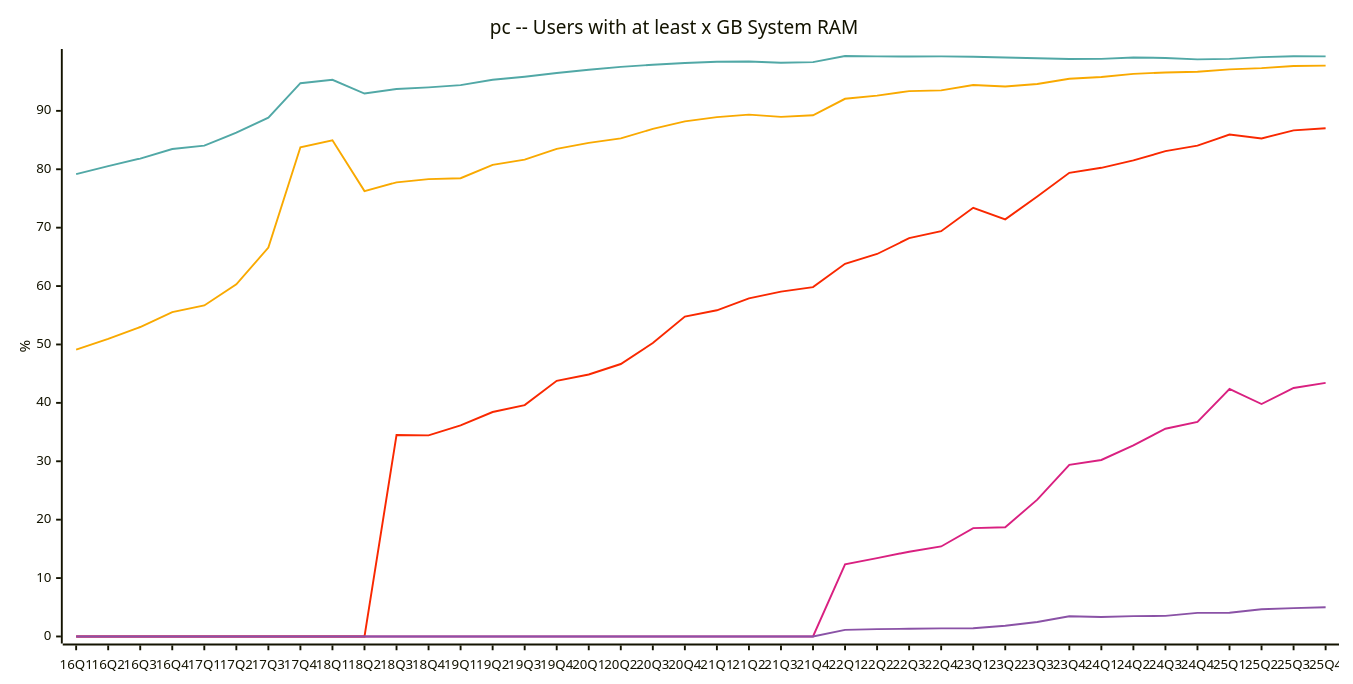
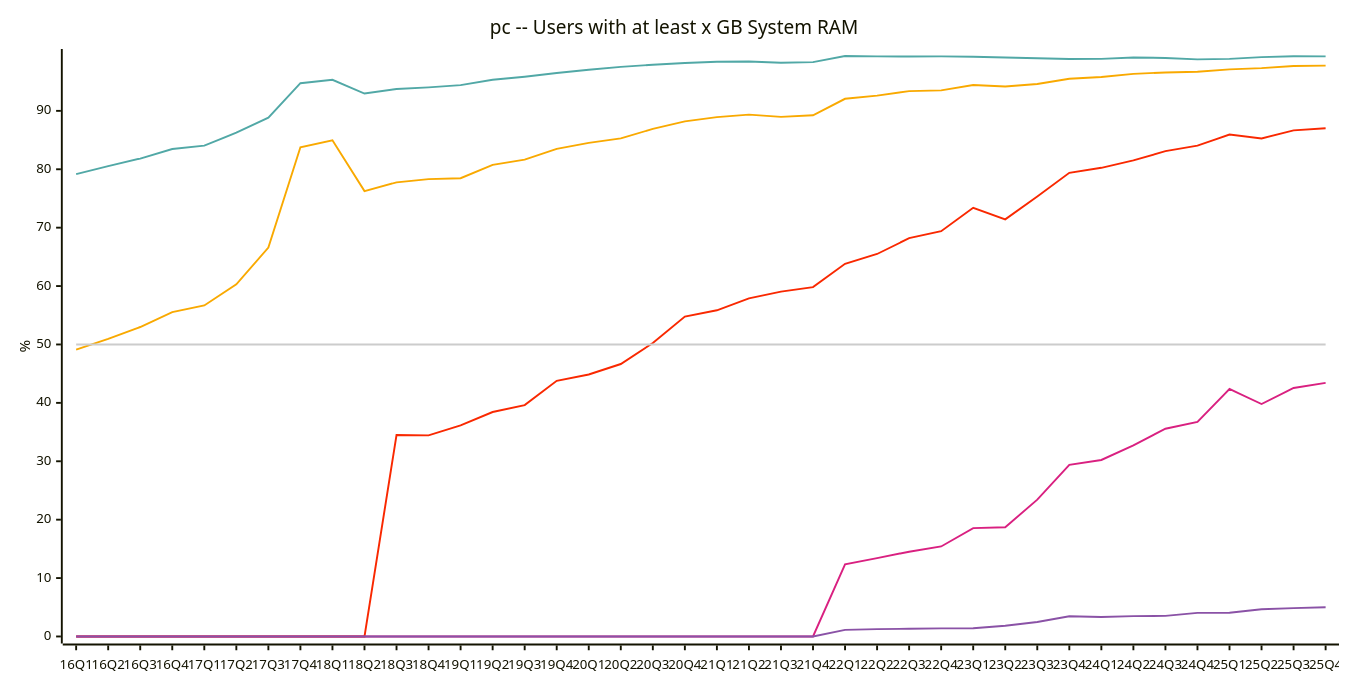
Before and after one commit to jdegene/steamHWsurvey: diagram 26 of 28 in README.md, drawn with Mermaid. The commit also changed other lines of this file and 1 other file, not shown here.

Commit message:
test adding 50% line in RAM charts for better visibility

````diff
--- a/README.md
+++ b/README.md
@@ -831,23 +831,24 @@
 ```mermaid
 ---
     config:
         xyChart:
             width: 1400
             height: 700
             
         themeVariables:
             xyChart:
-                plotColorPalette: "#51a8a6,#f9a900,#f92800,#d92080,#8a52a6"
+                plotColorPalette: "#51a8a6,#f9a900,#f92800,#d92080,#8a52a6,#CCCCCC"
 
 --- 
     
     xychart-beta
         title "pc -- Users with at least x GB System RAM"
         x-axis [16Q1, 16Q2, 16Q3, 16Q4, 17Q1, 17Q2, 17Q3, 17Q4, 18Q1, 18Q2, 18Q3, 18Q4, 19Q1, 19Q2, 19Q3, 19Q4, 20Q1, 20Q2, 20Q3, 20Q4, 21Q1, 21Q2, 21Q3, 21Q4, 22Q1, 22Q2, 22Q3, 22Q4, 23Q1, 23Q2, 23Q3, 23Q4, 24Q1, 24Q2, 24Q3, 24Q4, 25Q1, 25Q2, 25Q3, 25Q4]
     y-axis "%" 
     line [79.15666666666667, 80.52666666666667, 81.83333333333334, 83.46333333333334, 84.05, 86.25666666666666, 88.83666666666667, 94.74000000000001, 95.32333333333332, 92.97333333333334, 93.75, 94.03, 94.40666666666667, 95.33, 95.85333333333334, 96.47333333333333, 97.03666666666666, 97.53666666666666, 97.89666666666666, 98.18333333333334, 98.41000000000001, 98.45, 98.25, 98.33666666666666, 99.39, 99.33333333333333, 99.30666666666667, 99.32333333333332, 99.27, 99.14, 99.00333333333333, 98.87666666666668, 98.90333333333334, 99.13333333333333, 99.06333333333333, 98.81, 98.91, 99.20666666666666, 99.35333333333332, 99.33]
     line [49.10333333333334, 50.95, 52.99, 55.52666666666667, 56.67666666666666, 60.29, 66.60333333333334, 83.76333333333334, 84.94999999999999, 76.26666666666667, 77.75666666666666, 78.32000000000001, 78.47, 80.76, 81.64333333333333, 83.49333333333333, 84.51333333333334, 85.29333333333332, 86.91, 88.2, 88.92000000000002, 89.35333333333334, 88.96333333333332, 89.25333333333333, 92.06666666666666, 92.61333333333333, 93.38333333333333, 93.51666666666667, 94.42666666666666, 94.17333333333335, 94.60666666666665, 95.49, 95.80000000000001, 96.33333333333333, 96.57666666666667, 96.70333333333333, 97.10000000000001, 97.31333333333333, 97.68333333333334, 97.74999999999999]
     line [0, 0, 0, 0, 0, 0, 0, 0, 0, 0, 34.5, 34.43333333333333, 36.156666666666666, 38.43666666666667, 39.620000000000005, 43.78, 44.85333333333333, 46.65333333333333, 50.243333333333325, 54.78333333333333, 55.85, 57.89, 59.053333333333335, 59.82333333333333, 63.81666666666666, 65.49333333333334, 68.19999999999999, 69.39666666666668, 73.4, 71.42333333333333, 75.32, 79.39666666666666, 80.24999999999999, 81.53, 83.1, 84.03666666666668, 85.94, 85.27666666666667, 86.66, 87.02499999999999]
     line [0, 0, 0, 0, 0, 0, 0, 0, 0, 0, 0, 0, 0, 0, 0, 0, 0, 0, 0, 0, 0, 0, 0, 0, 12.336666666666666, 13.426666666666668, 14.510000000000002, 15.413333333333332, 18.556666666666665, 18.700000000000003, 23.426666666666666, 29.386666666666667, 30.22333333333333, 32.72666666666667, 35.56999999999999, 36.73333333333333, 42.373333333333335, 39.796666666666674, 42.55, 43.42]
     line [0, 0, 0, 0, 0, 0, 0, 0, 0, 0, 0, 0, 0, 0, 0, 0, 0, 0, 0, 0, 0, 0, 0, 0, 1.1266666666666667, 1.2533333333333334, 1.3166666666666667, 1.3866666666666667, 1.4066666666666667, 1.8399999999999999, 2.476666666666667, 3.47, 3.3299999999999996, 3.4799999999999995, 3.53, 4.046666666666667, 4.056666666666667, 4.673333333333333, 4.85, 5.01]
+ line [50, 50, 50, 50, 50, 50, 50, 50, 50, 50, 50, 50, 50, 50, 50, 50, 50, 50, 50, 50, 50, 50, 50, 50, 50, 50, 50, 50, 50, 50, 50, 50, 50, 50, 50, 50, 50, 50, 50, 50]
 ``` 
````
